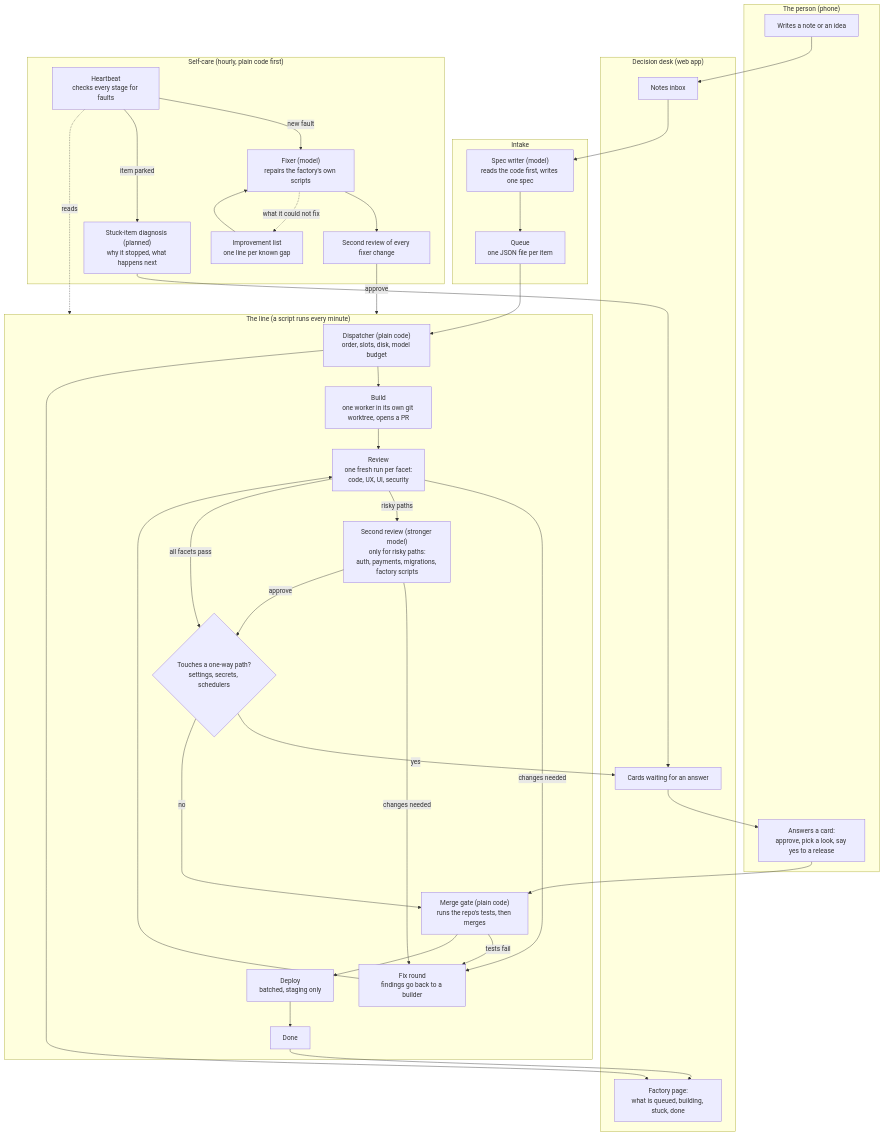
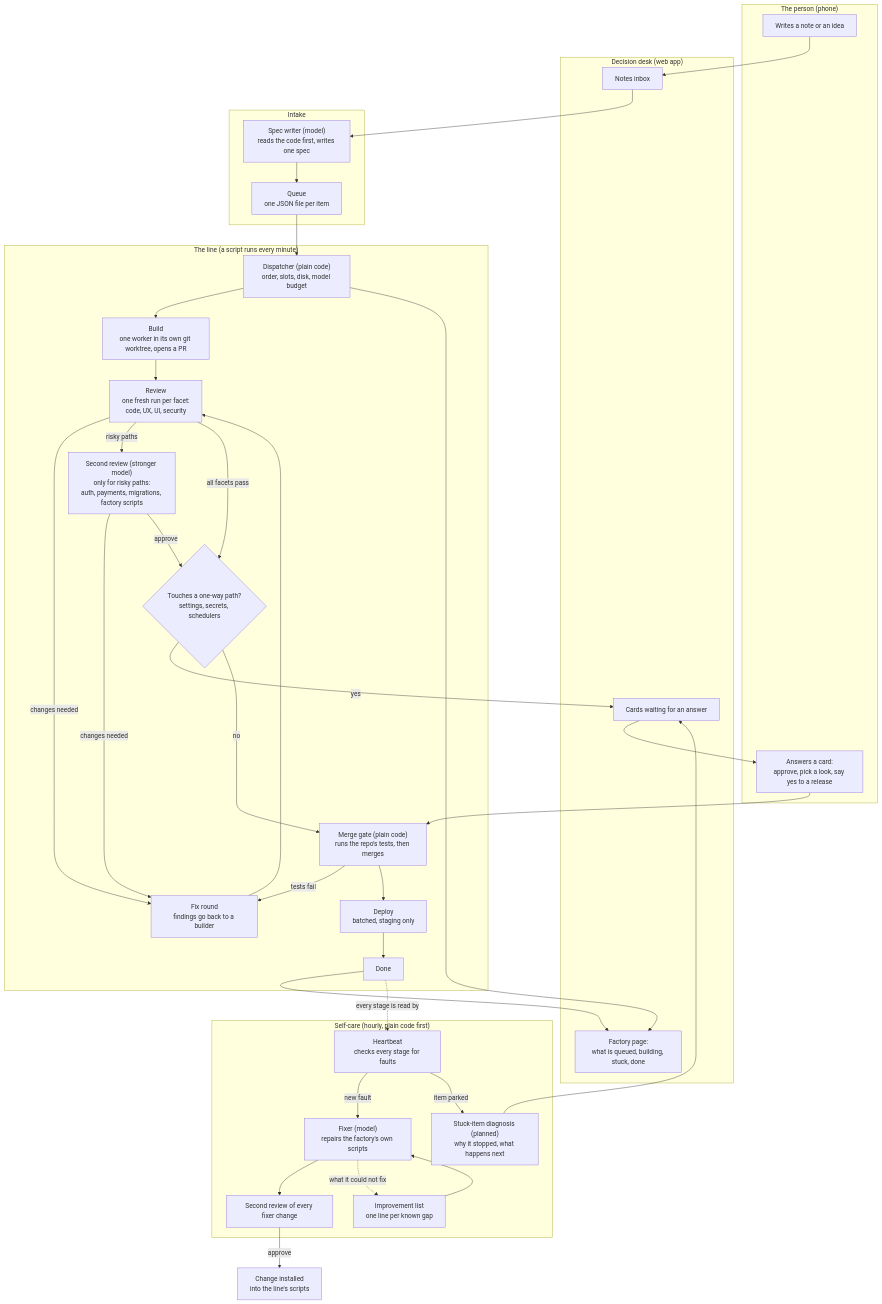
One commit to 80sFauxstalgia/software-factory-flow changed the diagram in README.md. Above: the diagram before and after it, drawn with Mermaid.

Commit message:
Draw the repair loop below the main line

````diff
--- a/README.md
+++ b/README.md
@@ -8,57 +8,57 @@
 ```mermaid
 flowchart TD
   subgraph PERSON["The person (phone)"]
     NOTE["Writes a note or an idea"]
     CARD["Answers a card:<br/>approve, pick a look, say yes to a release"]
   end
 
   subgraph DESK["Decision desk (web app)"]
     INBOX["Notes inbox"]
     CARDS["Cards waiting for an answer"]
     FEED["Factory page:<br/>what is queued, building, stuck, done"]
   end
 
   subgraph INTAKE["Intake"]
     SPEC["Spec writer (model)<br/>reads the code first, writes one spec"]
     QUEUE["Queue<br/>one JSON file per item"]
   end
 
   subgraph LINE["The line (a script runs every minute)"]
     PICK["Dispatcher (plain code)<br/>order, slots, disk, model budget"]
     BUILD["Build<br/>one worker in its own git worktree, opens a PR"]
     REVIEW["Review<br/>one fresh run per facet:<br/>code, UX, UI, security"]
     VETO["Second review (stronger model)<br/>only for risky paths:<br/>auth, payments, migrations, factory scripts"]
     FIX["Fix round<br/>findings go back to a builder"]
     ONEWAY{"Touches a one-way path?<br/>settings, secrets, schedulers"}
     GATE["Merge gate (plain code)<br/>runs the repo's tests, then merges"]
     DEPLOY["Deploy<br/>batched, staging only"]
     DONE["Done"]
   end
 
   subgraph CARE["Self-care (hourly, plain code first)"]
     BEAT["Heartbeat<br/>checks every stage for faults"]
     FIXER["Fixer (model)<br/>repairs the factory's own scripts"]
     FIXREV["Second review of every fixer change"]
     LIST["Improvement list<br/>one line per known gap"]
     DIAG["Stuck-item diagnosis (planned)<br/>why it stopped, what happens next"]
   end
 
   NOTE --> INBOX --> SPEC --> QUEUE --> PICK --> BUILD --> REVIEW
   REVIEW -- "changes needed" --> FIX --> REVIEW
   REVIEW -- "risky paths" --> VETO
   VETO -- "changes needed" --> FIX
   REVIEW -- "all facets pass" --> ONEWAY
   VETO -- "approve" --> ONEWAY
   ONEWAY -- "yes" --> CARDS --> CARD --> GATE
   ONEWAY -- "no" --> GATE
   GATE -- "tests fail" --> FIX
   GATE --> DEPLOY --> DONE
   DONE --> FEED
   PICK --> FEED
 
-  BEAT -. "reads" .-> LINE
-  BEAT -- "new fault" --> FIXER --> FIXREV -- "approve" --> LINE
+  DONE -. "every stage is read by" .-> BEAT
+  BEAT -- "new fault" --> FIXER --> FIXREV -- "approve" --> INSTALL["Change installed<br/>into the line's scripts"]
   LIST --> FIXER
   BEAT -- "item parked" --> DIAG --> CARDS
   FIXER -. "what it could not fix" .-> LIST
 ```
````
